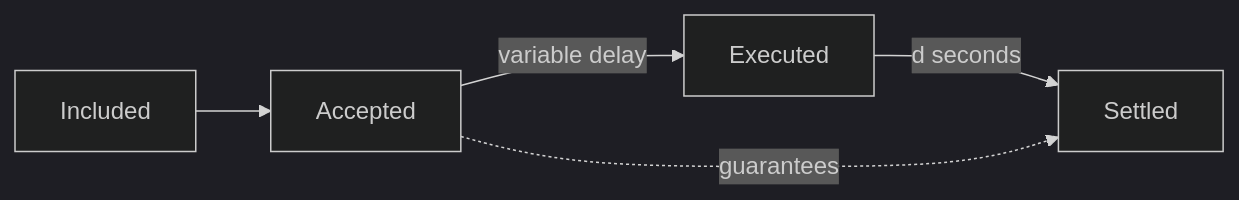
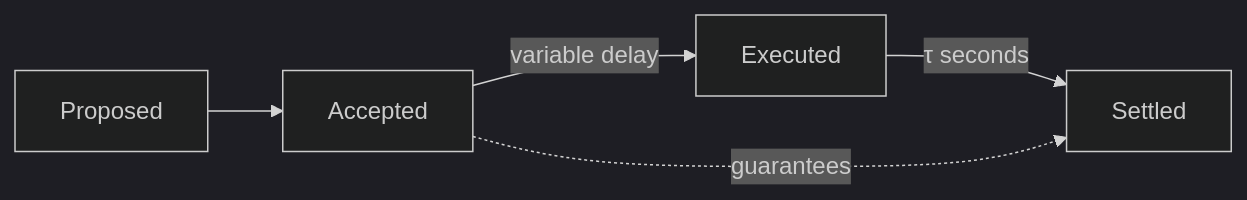
One commit to avalanche-foundation/ACPs changed the second of 2 diagrams in ACPs/194-streaming-asynchronous-execution/README.md. Above: the diagram before and after it, drawn with Mermaid (dark theme). The commit also changed other lines of this file, not shown here.

````diff
--- a/ACPs/194-streaming-asynchronous-execution/README.md
+++ b/ACPs/194-streaming-asynchronous-execution/README.md
@@ -94,7 +54,7 @@
 ```mermaid
 flowchart LR
-    I[Included] --> A[Accepted]
+    I[Proposed] --> A[Accepted]
     A -->|variable delay| E[Executed]
-    E -->|d seconds| S[Settled]
+    E -->|τ seconds| S[Settled]
     A -. guarantees .-> S
 ```
````
